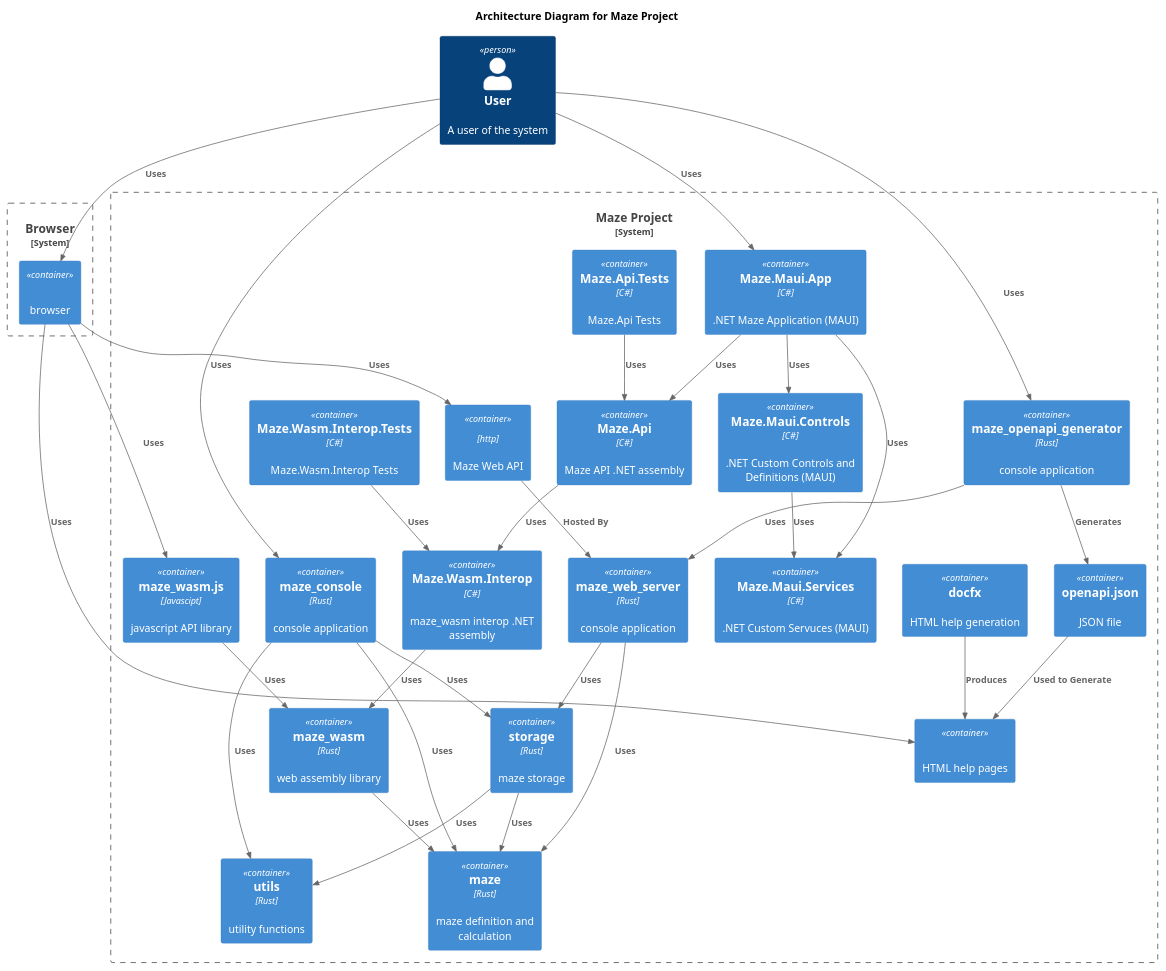
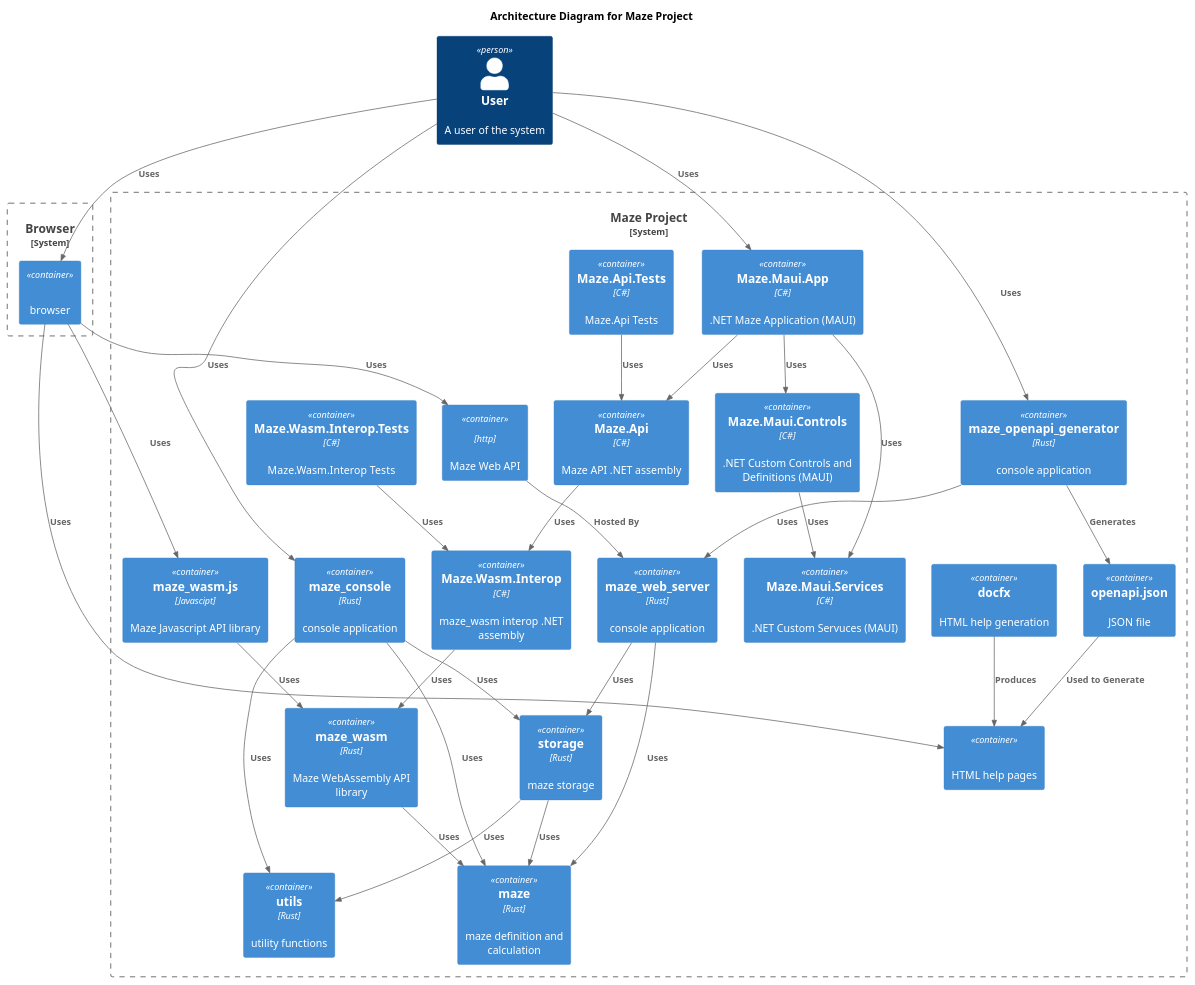
One commit to budgiedownunder/maze changed the diagram in docs/diagrams/architecture.puml. Above: the diagram before and after it, drawn with PlantUML. The commit also changed 9 other files, not shown here.

Commit message:
Add WebAssembly APIs section to documentation. Rename that component in the architecture diagram for consistency.

```diff
--- a/docs/diagrams/architecture.puml
+++ b/docs/diagrams/architecture.puml
@@ -2,65 +2,65 @@
 @startuml
 
 !include https://raw.githubusercontent.com/plantuml-stdlib/C4-PlantUML/master/C4_Container.puml
 
 title Architecture Diagram for Maze Project
 
 Person(user, "User", "A user of the system")
 
 System_Boundary(c1, "Browser") {
     Container(browser, "", "", "browser")
 }
 
 System_Boundary(c2, "Maze Project") {
     Container(html_help, "", "", "HTML help pages")
     Container(docfx, "docfx", "", "HTML help generation")
     Container(maze_maui_app_net, "Maze.Maui.App", "C#", ".NET Maze Application (MAUI)")
     Container(maze_maui_controls_net, "Maze.Maui.Controls", "C#", ".NET Custom Controls and Definitions (MAUI)")
     Container(maze_maui_services_net, "Maze.Maui.Services", "C#", ".NET Custom Servuces (MAUI)")
     Container(maze_api_net_tests, "Maze.Api.Tests", "C#", "Maze.Api Tests")
     Container(maze_api_net, "Maze.Api", "C#", "Maze API .NET assembly")
     Container(maze_wasm_interop_net_tests, "Maze.Wasm.Interop.Tests", "C#", "Maze.Wasm.Interop Tests")
     Container(maze_wasm_interop_net, "Maze.Wasm.Interop", "C#", "maze_wasm interop .NET assembly")
-    Container(maze_wasm_js, "maze_wasm.js", "Javascipt", "javascript API library")
-    Container(maze_wasm, "maze_wasm", "Rust", "web assembly library")
+    Container(maze_wasm_js, "maze_wasm.js", "Javascipt", "Maze Javascript API library")
+    Container(maze_wasm, "maze_wasm", "Rust", "Maze WebAssembly API library")
     Container(maze_console, "maze_console", "Rust", "console application")
     Container(maze_web_api, "", "http", "Maze Web API")
     Container(maze_web_server, "maze_web_server", "Rust", "console application")
     Container(maze_openapi_generator, "maze_openapi_generator", "Rust", "console application")
     Container(openapi_json, "openapi.json", "", "JSON file")
     Container(storage, "storage", "Rust", "maze storage")
     Container(maze, "maze", "Rust", "maze definition and calculation")
     Container(utils, "utils", "Rust", "utility functions")
 }
 
 Rel(user, browser, "Uses")
 Rel(browser, html_help, "Uses")
 Rel(browser, maze_wasm_js, "Uses")
 Rel(docfx, html_help, "Produces")
 Rel(user, maze_console, "Uses")
 Rel(maze_console, maze, "Uses")
 Rel(maze_console, storage, "Uses")
 Rel(maze_console, utils, "Uses")
 Rel(browser, maze_web_api, "Uses")
 Rel(maze_web_api, maze_web_server, "Hosted By")
 Rel(maze_web_server, maze, "Uses")
 Rel(maze_web_server, storage, "Uses")
 Rel(user, maze_openapi_generator, "Uses")
 Rel(maze_openapi_generator, maze_web_server, "Uses")
 Rel(maze_openapi_generator, openapi_json, "Generates")
 Rel(openapi_json, html_help, "Used to Generate")
 Rel(user, maze_maui_app_net, "Uses")
 Rel(maze_maui_app_net, maze_maui_controls_net, "Uses")
 Rel(maze_maui_app_net, maze_maui_services_net, "Uses")
 Rel(maze_maui_app_net, maze_api_net, "Uses")
 Rel(maze_maui_controls_net, maze_maui_services_net, "Uses")
 Rel(maze_api_net_tests, maze_api_net, "Uses")
 Rel(maze_api_net, maze_wasm_interop_net, "Uses")
 Rel(maze_wasm_interop_net_tests, maze_wasm_interop_net, "Uses")
 Rel(maze_wasm_interop_net, maze_wasm, "Uses")
 Rel(maze_wasm_js, maze_wasm, "Uses")
 Rel(maze_wasm, maze, "Uses")
 Rel(storage, maze, "Uses")
 Rel(storage, utils, "Uses")
 
 @enduml
```
